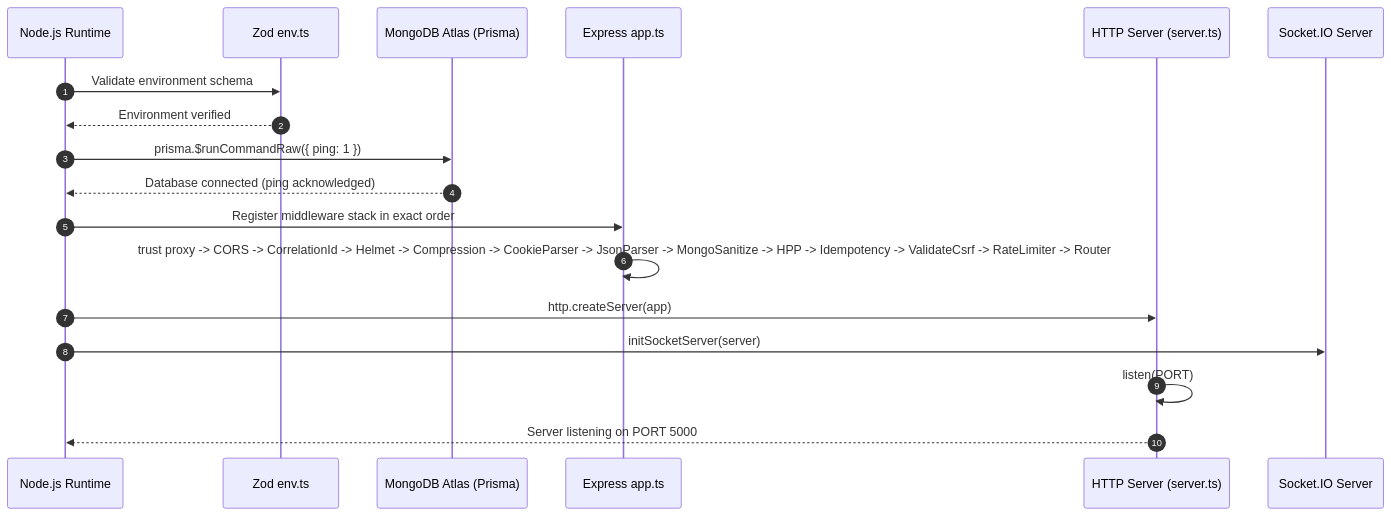
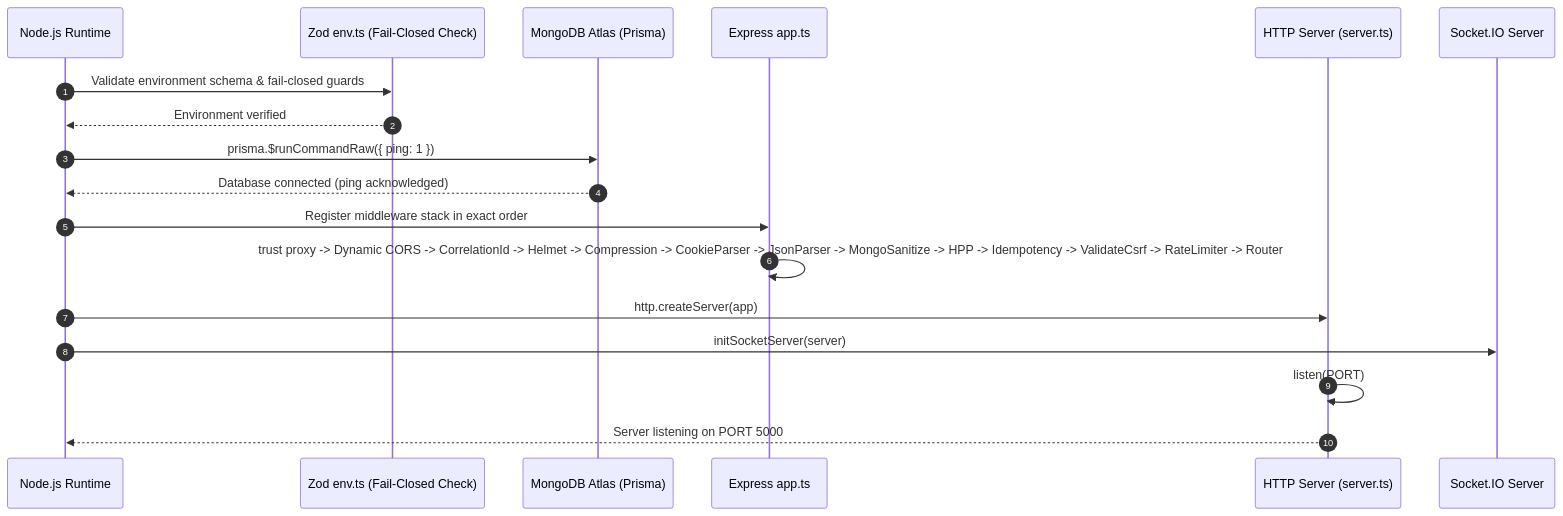
The fifth of 7 diagrams in SYSTEM.MD (ayushman-glb/PG-Management-System), drawn with Mermaid before and after one commit. The commit also changed other lines of this file and 18 other files, not shown here.

````diff
--- a/SYSTEM.MD
+++ b/SYSTEM.MD
@@ -392,21 +392,21 @@
 ```mermaid
 sequenceDiagram
     autonumber
     participant Node as Node.js Runtime
-    participant Env as Zod env.ts
+    participant Env as Zod env.ts (Fail-Closed Check)
     participant DB as MongoDB Atlas (Prisma)
     participant App as Express app.ts
     participant Server as HTTP Server (server.ts)
     participant Socket as Socket.IO Server
 
-    Node->>Env: Validate environment schema
+    Node->>Env: Validate environment schema & fail-closed guards
     Env-->>Node: Environment verified
     Node->>DB: prisma.$runCommandRaw({ ping: 1 })
     DB-->>Node: Database connected (ping acknowledged)
     Node->>App: Register middleware stack in exact order
-    App->>App: trust proxy -> CORS -> CorrelationId -> Helmet -> Compression -> CookieParser -> JsonParser -> MongoSanitize -> HPP -> Idempotency -> ValidateCsrf -> RateLimiter -> Router
+    App->>App: trust proxy -> Dynamic CORS -> CorrelationId -> Helmet -> Compression -> CookieParser -> JsonParser -> MongoSanitize -> HPP -> Idempotency -> ValidateCsrf -> RateLimiter -> Router
     Node->>Server: http.createServer(app)
     Node->>Socket: initSocketServer(server)
     Server->>Server: listen(PORT)
     Server-->>Node: Server listening on PORT 5000
 ```
````
